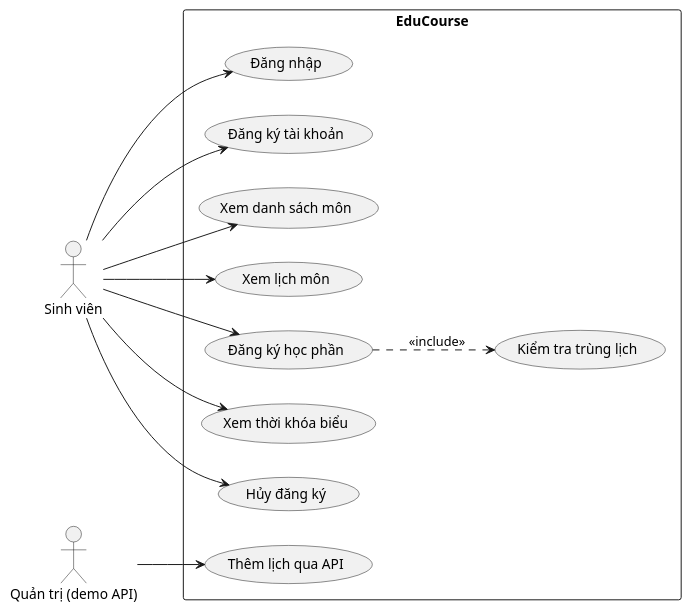
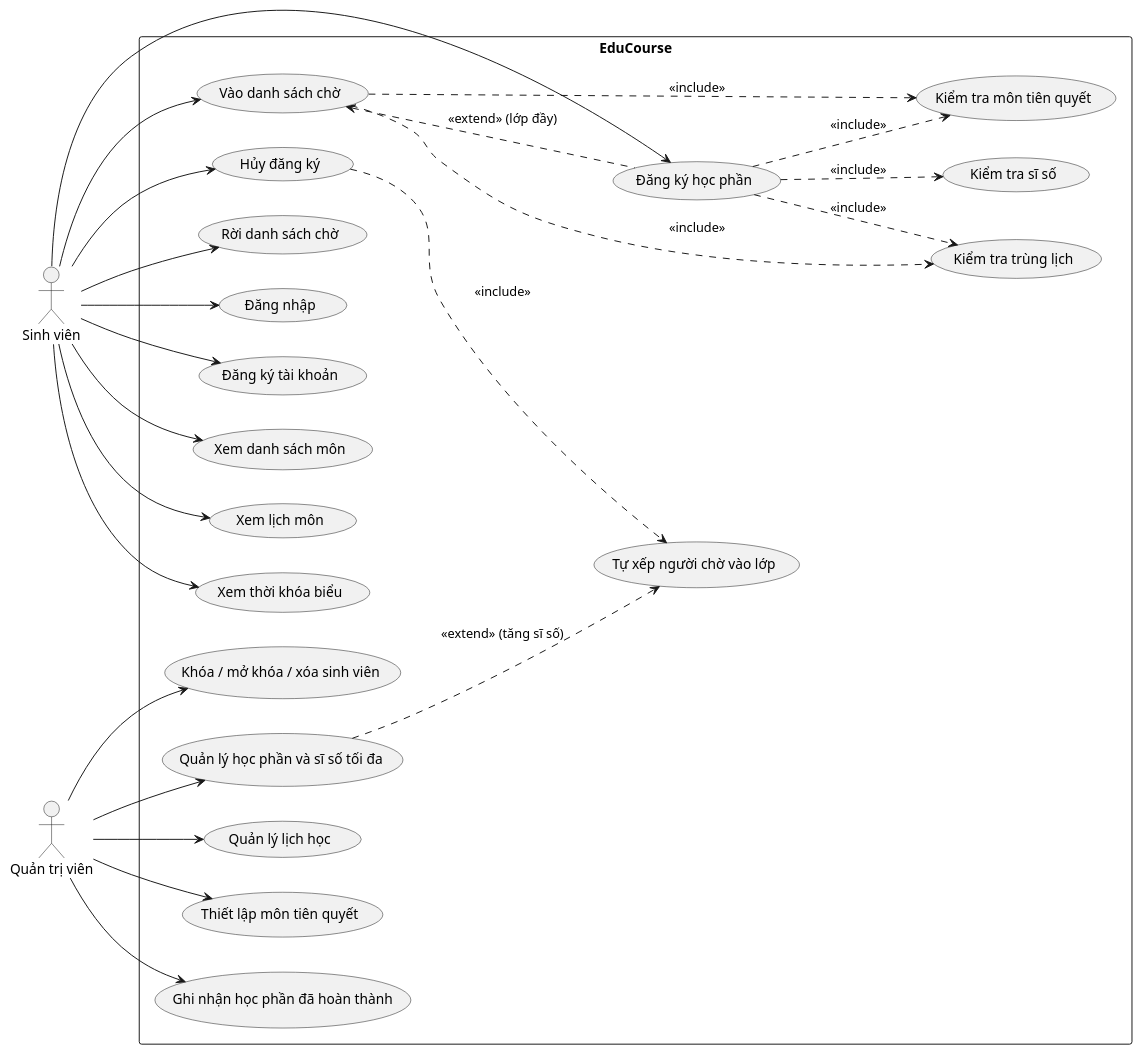
The diagram in docs/use_case.puml (minhduc23333/quanlisinhvienthietkephanmem), drawn with PlantUML before and after one commit. The commit also changed 91 other files, not shown here.

```diff
--- a/docs/use_case.puml
+++ b/docs/use_case.puml
@@ -1,25 +1,47 @@
 @startuml
 left to right direction
 actor "Sinh viên" as SV
-actor "Quản trị (demo API)" as AD
+actor "Quản trị viên" as AD
 rectangle "EduCourse" {
   usecase "Đăng nhập" as A
   usecase "Đăng ký tài khoản" as B
   usecase "Xem danh sách môn" as C
   usecase "Xem lịch môn" as D
   usecase "Đăng ký học phần" as E
   usecase "Kiểm tra trùng lịch" as F
+  usecase "Kiểm tra sĩ số" as F2
+  usecase "Kiểm tra môn tiên quyết" as F3
   usecase "Xem thời khóa biểu" as G
   usecase "Hủy đăng ký" as H
-  usecase "Thêm lịch qua API" as I
+  usecase "Vào danh sách chờ" as W
+  usecase "Rời danh sách chờ" as W2
+  usecase "Tự xếp người chờ vào lớp" as P
+  usecase "Quản lý học phần và sĩ số tối đa" as I
+  usecase "Quản lý lịch học" as J
+  usecase "Thiết lập môn tiên quyết" as K
+  usecase "Ghi nhận học phần đã hoàn thành" as L
+  usecase "Khóa / mở khóa / xóa sinh viên" as M
 }
 SV --> A
 SV --> B
 SV --> C
 SV --> D
 SV --> E
 SV --> G
 SV --> H
+SV --> W
+SV --> W2
 E ..> F : <<include>>
+E ..> F2 : <<include>>
+E ..> F3 : <<include>>
+W ..> F : <<include>>
+W ..> F3 : <<include>>
+W <.. E : <<extend>> (lớp đầy)
+H ..> P : <<include>>
+I ..> P : <<extend>> (tăng sĩ số)
 AD --> I
+AD --> J
+AD --> K
+AD --> L
+AD --> M
 @enduml
```
